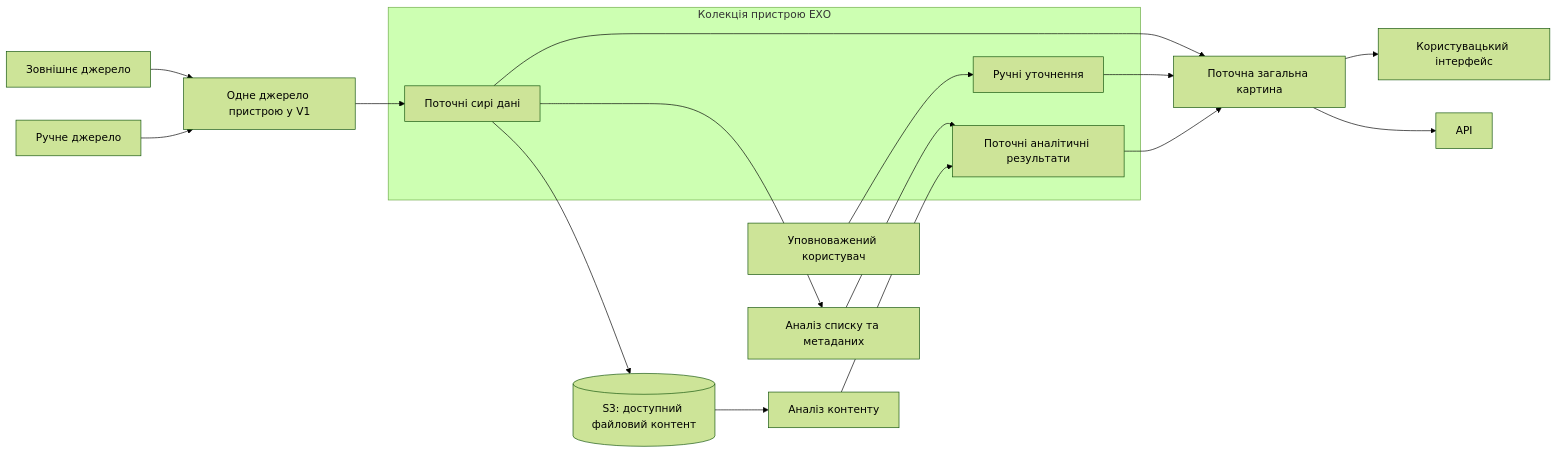
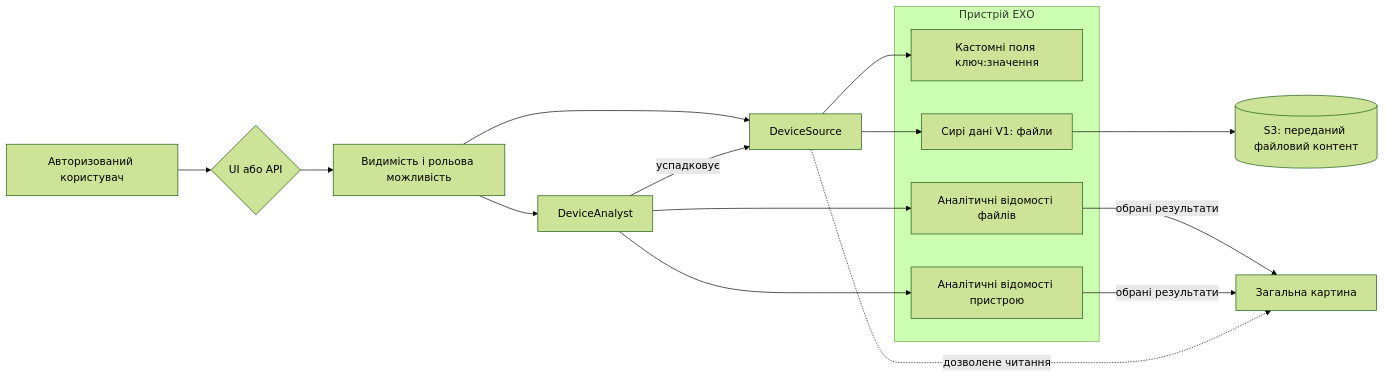
One commit to murczyk/echo changed the first of 2 diagrams in DEVICES.md. Above: the diagram before and after it, drawn with Mermaid (forest theme). The commit also changed other lines of this file, not shown here.

````diff
--- a/DEVICES.md
+++ b/DEVICES.md
@@ -144,24 +164,24 @@
 ```mermaid
 flowchart LR
-    EXT[Зовнішнє джерело] --> ORIGIN[Одне джерело пристрою у V1]
-    MAN[Ручне джерело] --> ORIGIN
-    ORIGIN --> RAW[Поточні сирі дані]
-    USER[Уповноважений користувач] --> NOTE[Ручні уточнення]
+    USER[Авторизований користувач] --> CHANNEL{UI або API}
+    CHANNEL --> ACCESS[Видимість і рольова можливість]
+    ACCESS --> SOURCE[DeviceSource]
+    ACCESS --> ANALYST[DeviceAnalyst]
+    ANALYST -->|успадковує| SOURCE
 
-    subgraph DEVICE[Колекція пристрою ЕХО]
-        RAW
-        NOTE
-        RESULT[Поточні аналітичні результати]
+    subgraph DEVICE[Пристрій ЕХО]
+        CUSTOM[Кастомні поля ключ:значення]
+        RAW[Сирі дані V1: файли]
+        FILE_ANALYTICS[Аналітичні відомості файлів]
+        DEVICE_ANALYTICS[Аналітичні відомості пристрою]
     end
 
-    RAW --> LIST[Аналіз списку та метаданих]
-    S3[(S3: доступний файловий контент)] --> CONTENT[Аналіз контенту]
-    RAW --> S3
-    LIST --> RESULT
-    CONTENT --> RESULT
-    RAW --> PICTURE[Поточна загальна картина]
-    NOTE --> PICTURE
-    RESULT --> PICTURE
-    PICTURE --> UI[Користувацький інтерфейс]
-    PICTURE --> API[API]
+    SOURCE --> CUSTOM
+    SOURCE --> RAW
+    ANALYST --> FILE_ANALYTICS
+    ANALYST --> DEVICE_ANALYTICS
+    RAW --> S3[(S3: переданий файловий контент)]
+    FILE_ANALYTICS -->|обрані результати| PICTURE[Загальна картина]
+    DEVICE_ANALYTICS -->|обрані результати| PICTURE
+    SOURCE -. дозволене читання .-> PICTURE
 ```
````
